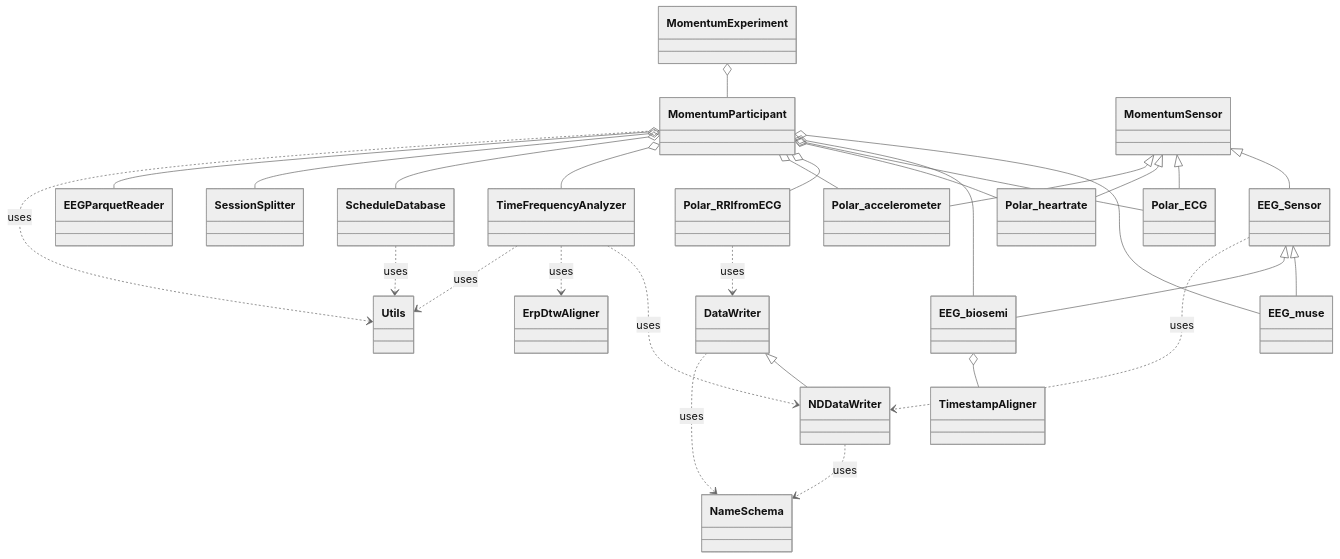
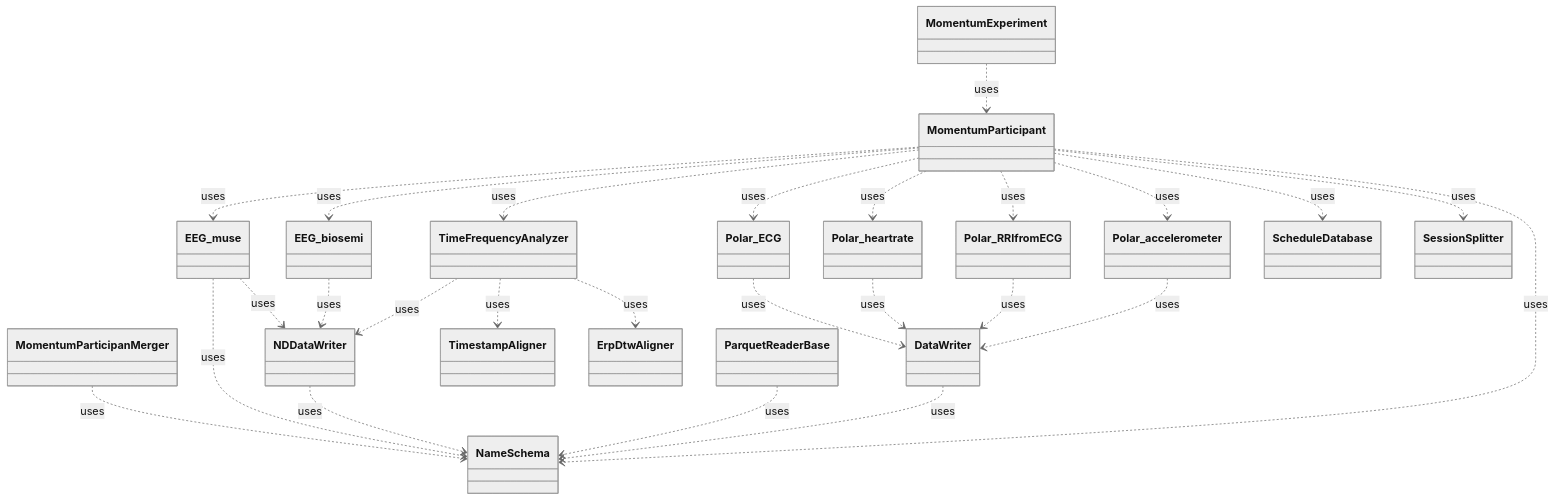
Before and after one commit to UNCDEPENdLab/rl_ema_monitoring: the first of 2 diagrams in EEG_and_HR_preprocessing_multisite_scripts/ObjectOriented/README.md, drawn with Mermaid (neutral theme). The commit also changed other lines of this file and 9 other files, not shown here.

Commit message:
Bug fixes and code cleaning TFAnalyzer was failing to save because timeLabels was a column vector Split MomentumSensor Polar sensor responsibilites into new class Generalized methods from Polar_ECG and Polar_RRIfromECG to PolarSensor class Removed EEGlab and fieldtrip loading from ecg and rri runs

````diff
--- a/EEG_and_HR_preprocessing_multisite_scripts/ObjectOriented/README.md
+++ b/EEG_and_HR_preprocessing_multisite_scripts/ObjectOriented/README.md
@@ -243,16 +243,14 @@
 ```mermaid
 classDiagram
     %% =========================
-    %% Core entity
+    %% Pipeline usage 
     %% =========================
+
     class MomentumParticipant
     class MomentumExperiment
+    class MomentumParticipanMerger
 
-    %% =========================
     %% Sensors
-    %% =========================
-    class MomentumSensor
-    class EEG_Sensor
     class EEG_muse
     class EEG_biosemi
     class Polar_ECG
@@ -260,74 +258,52 @@
     class Polar_RRIfromECG
     class Polar_accelerometer
 
-    %% =========================
     %% Processing / analysis
-    %% =========================
     class TimeFrequencyAnalyzer
-    class ErpDtwAligner
     class TimestampAligner
 
-    %% =========================
     %% Data & writing
-    %% =========================
     class ScheduleDatabase
     class SessionSplitter
     class DataWriter
     class NDDataWriter
-    class NameSchema
-    %% class ParquetReaderBase
-    %% class EEGParquetReader
-
-    %% =========================
-    %% Utilities
-    %% =========================
-    class Utils
 
     %% -------------------------
-    %% MomentumParticipant composition
+    %% Ownership
     %% -------------------------
-    MomentumExperiment o-- MomentumParticipant
-    MomentumParticipant o-- EEG_muse
-    MomentumParticipant o-- EEG_biosemi
-    MomentumParticipant o-- Polar_ECG
-    MomentumParticipant o-- Polar_heartrate
-    MomentumParticipant o-- Polar_RRIfromECG
-    MomentumParticipant o-- Polar_accelerometer
+    MomentumExperiment ..> MomentumParticipant:uses
 
-    MomentumParticipant o-- TimeFrequencyAnalyzer
-    MomentumParticipant o-- ScheduleDatabase
-    MomentumParticipant o-- SessionSplitter
-    MomentumParticipant o-- EEGParquetReader
+    MomentumParticipant ..> EEG_muse:uses
+    MomentumParticipant ..> EEG_biosemi:uses
+    MomentumParticipant ..> TimeFrequencyAnalyzer :uses
 
-    %% -------------------------
-    %% Inheritance (is-a)
-    %% -------------------------
-    MomentumSensor <|-- EEG_Sensor
-    MomentumSensor <|-- Polar_ECG
-    MomentumSensor <|-- Polar_heartrate
-    MomentumSensor <|-- Polar_accelerometer
+    MomentumParticipant ..> Polar_ECG:uses
+    MomentumParticipant ..> Polar_heartrate:uses
+    MomentumParticipant ..> Polar_RRIfromECG:uses
+    MomentumParticipant ..> Polar_accelerometer:uses
 
-    EEG_Sensor <|-- EEG_muse
-    EEG_Sensor <|-- EEG_biosemi
+    MomentumParticipant ..> ScheduleDatabase : uses
+    MomentumParticipant ..> SessionSplitter :uses
+    MomentumParticipant ..> NameSchema :uses
+    MomentumParticipanMerger ..> NameSchema :uses
 
-    DataWriter <|-- NDDataWriter
-    %% ParquetReaderBase <|-- EEGParquetReader
+    Polar_heartrate ..> DataWriter:uses
+    Polar_accelerometer ..> DataWriter:uses
+    Polar_RRIfromECG ..> DataWriter:uses
+    Polar_ECG ..> DataWriter:uses
+    
+    EEG_muse ..> NameSchema:uses
+    EEG_muse ..> NDDataWriter:uses
+    EEG_biosemi ..> NDDataWriter:uses
+    
+    TimeFrequencyAnalyzer ..> NDDataWriter : uses
+    TimeFrequencyAnalyzer ..> TimestampAligner : uses
+    TimeFrequencyAnalyzer ..> ErpDtwAligner : uses 
+    
+    DataWriter ..> NameSchema :uses
+    NDDataWriter ..> NameSchema :uses
+    
+    ParquetReaderBase ..> NameSchema :uses
 
-    %% -------------------------
-    %% Has / uses relationships
-    %% -------------------------
-    EEG_biosemi o-- TimestampAligner
 
-    EEG_Sensor ..> NDDataWriter : uses
-    TimeFrequencyAnalyzer ..> NDDataWriter : uses
-
-    Polar_RRIfromECG ..> DataWriter : uses
-
-    TimeFrequencyAnalyzer ..> ErpDtwAligner : uses
-    NDDataWriter ..> NameSchema : uses
-    DataWriter ..> NameSchema : uses
-
-    MomentumParticipant ..> Utils : uses
-    TimeFrequencyAnalyzer ..> Utils : uses
-    ScheduleDatabase ..> Utils : uses
 ```
````
